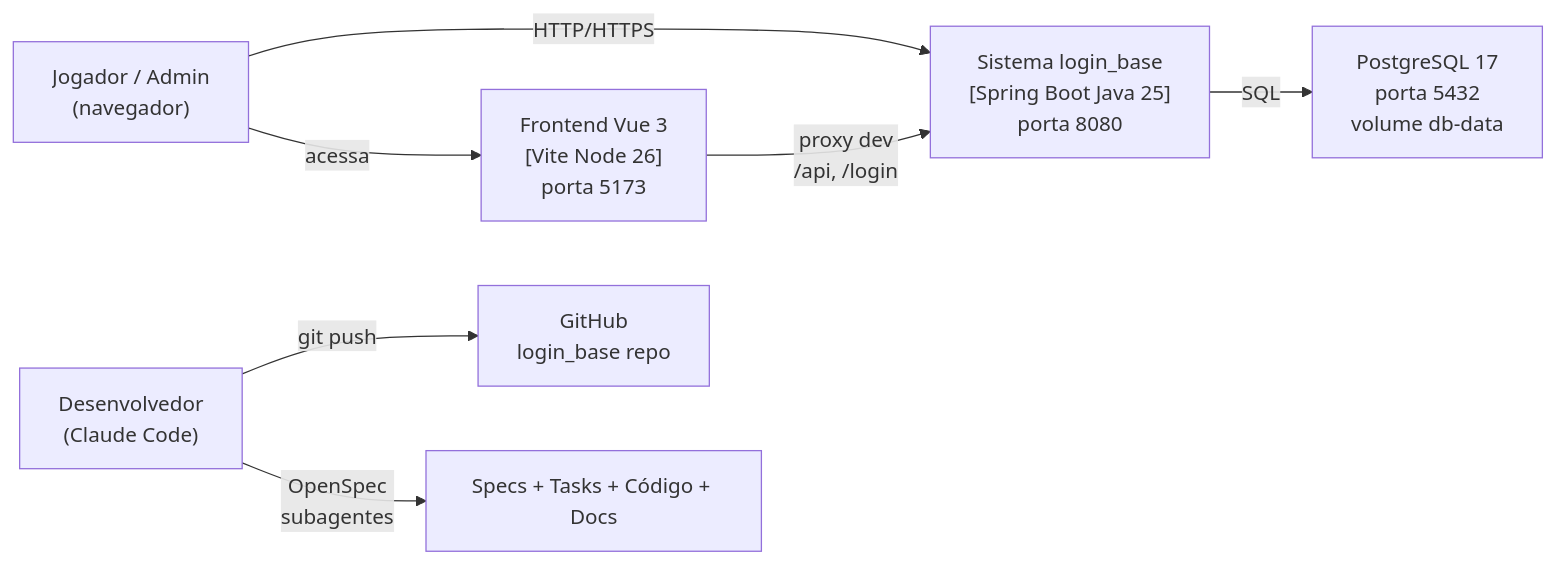
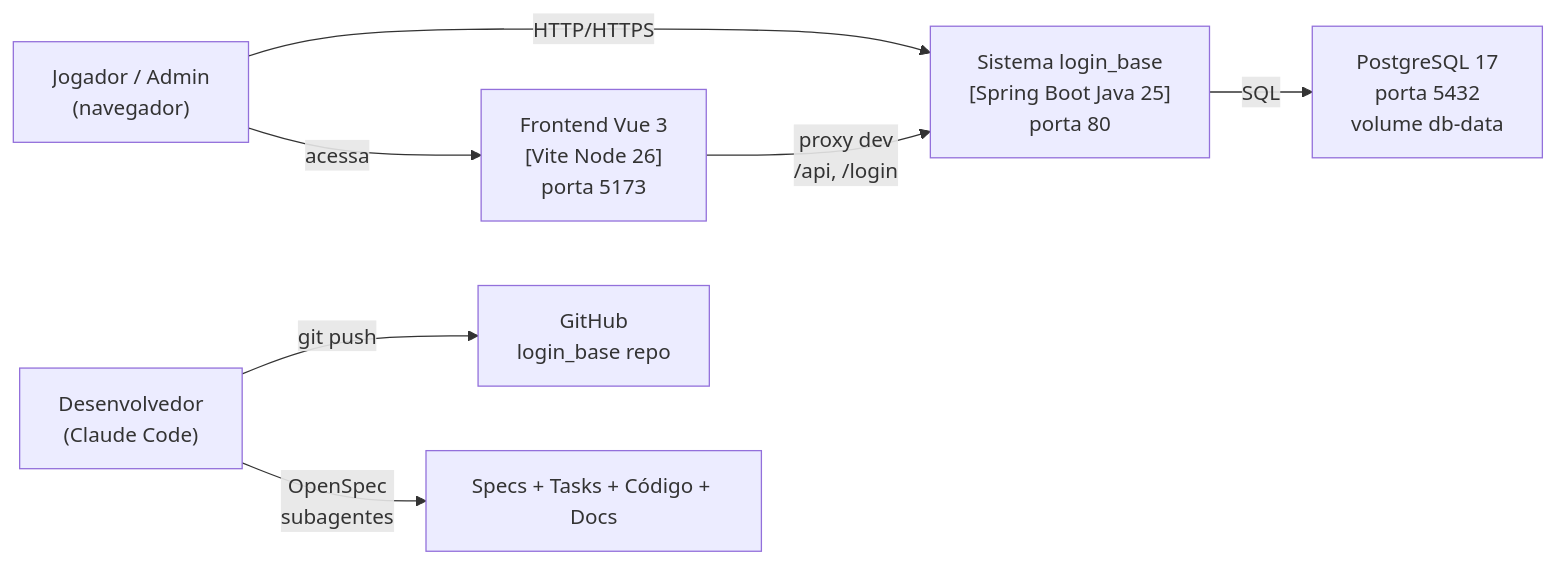
One commit to adielsantosaraujo/login_base changed the diagram in docs/01-visao-produto.md. Above: the diagram before and after it, drawn with Mermaid. The commit also changed other lines of this file and 25 other files, not shown here.

````diff
--- a/docs/01-visao-produto.md
+++ b/docs/01-visao-produto.md
@@ -122,9 +122,9 @@
 ```mermaid
 flowchart LR
-    A["Jogador / Admin<br/>(navegador)"] -->|HTTP/HTTPS| B["Sistema login_base<br/>[Spring Boot Java 25]<br/>porta 8080"]
+    A["Jogador / Admin<br/>(navegador)"] -->|HTTP/HTTPS| B["Sistema login_base<br/>[Spring Boot Java 25]<br/>porta 80"]
     C["Frontend Vue 3<br/>[Vite Node 26]<br/>porta 5173"] -->|proxy dev<br/>/api, /login| B
     A -->|acessa| C
     B -->|SQL| D["PostgreSQL 17<br/>porta 5432<br/>volume db-data"]
     E["Desenvolvedor<br/>(Claude Code)"] -->|git push| F["GitHub<br/>login_base repo"]
     E -->|OpenSpec<br/>subagentes| G["Specs + Tasks + Código + Docs"]
 ```
````
